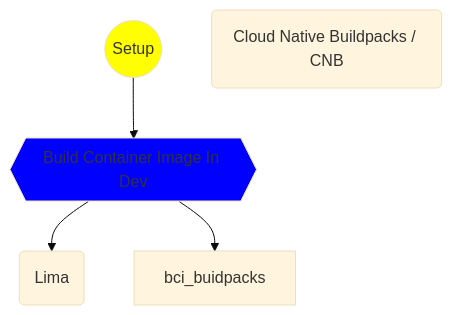
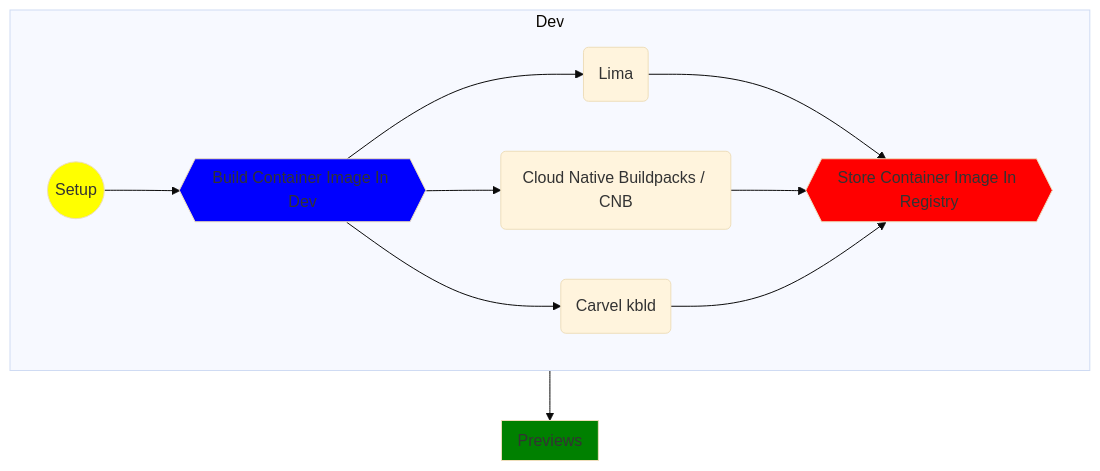
The diagram in mermaid_try_1.md (ilanaRam/python_learn_exercises), drawn with Mermaid (base theme) before and after one commit. The commit also changed 7 other files, not shown here.

Commit message:
added diagrams created by mermaid and python diagrams tools

````diff
--- a/mermaid_try_1.md
+++ b/mermaid_try_1.md
@@ -1,19 +1,31 @@
 ```mermaid
 
 flowchart TD;
-    
-    setup_dev((Setup))
-    style setup_dev fill:yellow    
+    subgraph Dev
+        setup_dev((Setup))
+        style setup_dev fill:yellow    
+            
+        bci{{Build Container Image In Dev}}
+        style bci fill:blue
+
+        bci_Lima(Lima)
+        bci_buildpacks(Cloud Native Buildpacks / CNB)
+        bci_kbld(Carvel kbld)
+        registry{{Store Container Image In Registry}}
         
-    bci{{Build Container Image In Dev}}
-    style bci fill:blue
+        
+        setup_dev --> bci
+        bci --> bci_Lima --> registry
+        bci --> bci_buildpacks --> registry
+        bci --> bci_kbld --> registry
+        style registry fill:red
+    end
 
-    bci_Lima(Lima)
-    bci_buildpacks(Cloud Native Buildpacks / CNB)
+    subgraph Previews
+    style Previews fill:green
+    end
+
+    Dev --> Previews
 
 
-    setup_dev --> bci
-    bci --> bci_Lima
-    bci --> bci_buidpacks
-
 ```
````
